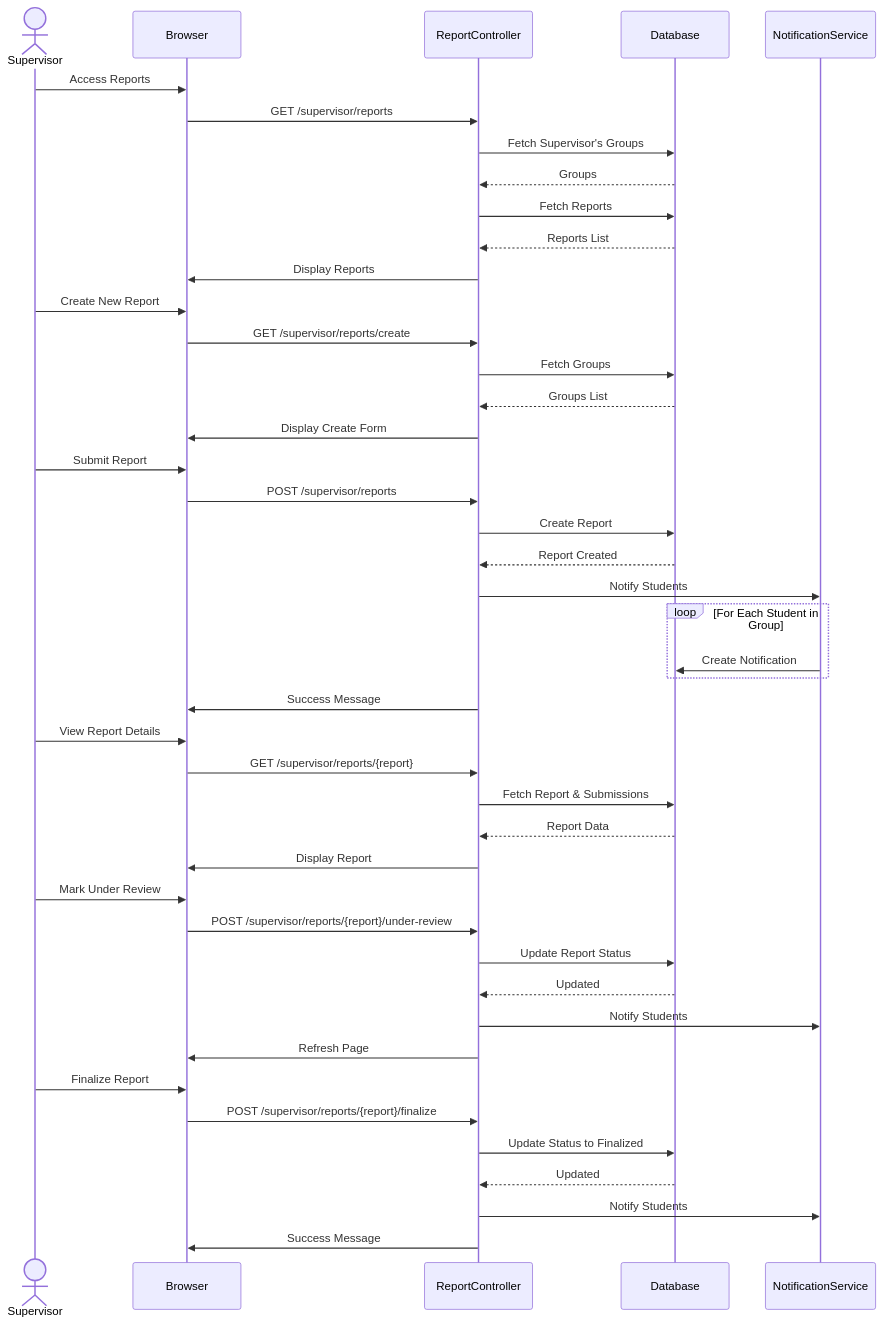
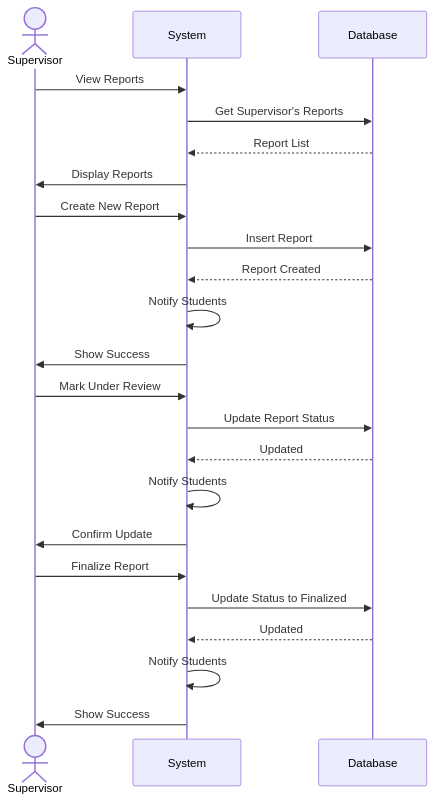
The ninth of 19 diagrams in documentation/sequence-diagrams.md (abdullah2323442/thesisrepo-backup), drawn with Mermaid before and after one commit. The commit also changed other lines of this file, not shown here.

````diff
--- a/documentation/sequence-diagrams.md
+++ b/documentation/sequence-diagrams.md
@@ -416,54 +262,29 @@
 ```mermaid
 sequenceDiagram
     actor Supervisor
-    participant Browser
-    participant ReportController
+    participant System
     participant Database
-    participant NotificationService
 
-    Supervisor->>Browser: Access Reports
-    Browser->>ReportController: GET /supervisor/reports
-    ReportController->>Database: Fetch Supervisor's Groups
-    Database-->>ReportController: Groups
-    ReportController->>Database: Fetch Reports
-    Database-->>ReportController: Reports List
-    ReportController->>Browser: Display Reports
+    Supervisor->>System: View Reports
+    System->>Database: Get Supervisor's Reports
+    Database-->>System: Report List
+    System->>Supervisor: Display Reports
     
-    Supervisor->>Browser: Create New Report
-    Browser->>ReportController: GET /supervisor/reports/create
-    ReportController->>Database: Fetch Groups
-    Database-->>ReportController: Groups List
-    ReportController->>Browser: Display Create Form
+    Supervisor->>System: Create New Report
+    System->>Database: Insert Report
+    Database-->>System: Report Created
+    System->>System: Notify Students
+    System->>Supervisor: Show Success
     
-    Supervisor->>Browser: Submit Report
-    Browser->>ReportController: POST /supervisor/reports
-    ReportController->>Database: Create Report
-    Database-->>ReportController: Report Created
+    Supervisor->>System: Mark Under Review
+    System->>Database: Update Report Status
+    Database-->>System: Updated
+    System->>System: Notify Students
+    System->>Supervisor: Confirm Update
     
-    ReportController->>NotificationService: Notify Students
-    loop For Each Student in Group
-        NotificationService->>Database: Create Notification
-    end
-    
-    ReportController->>Browser: Success Message
-    
-    Supervisor->>Browser: View Report Details
-    Browser->>ReportController: GET /supervisor/reports/{report}
-    ReportController->>Database: Fetch Report & Submissions
-    Database-->>ReportController: Report Data
-    ReportController->>Browser: Display Report
-    
-    Supervisor->>Browser: Mark Under Review
-    Browser->>ReportController: POST /supervisor/reports/{report}/under-review
-    ReportController->>Database: Update Report Status
-    Database-->>ReportController: Updated
-    ReportController->>NotificationService: Notify Students
-    ReportController->>Browser: Refresh Page
-    
-    Supervisor->>Browser: Finalize Report
-    Browser->>ReportController: POST /supervisor/reports/{report}/finalize
-    ReportController->>Database: Update Status to Finalized
-    Database-->>ReportController: Updated
-    ReportController->>NotificationService: Notify Students
-    ReportController->>Browser: Success Message
+    Supervisor->>System: Finalize Report
+    System->>Database: Update Status to Finalized
+    Database-->>System: Updated
+    System->>System: Notify Students
+    System->>Supervisor: Show Success
 ```
````
